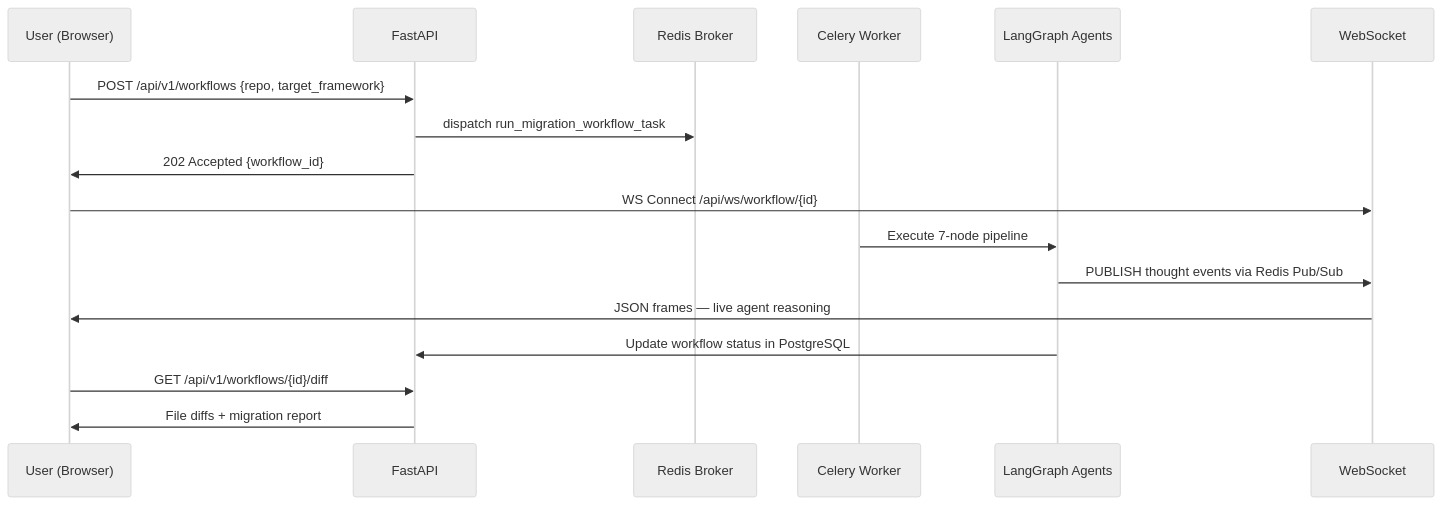
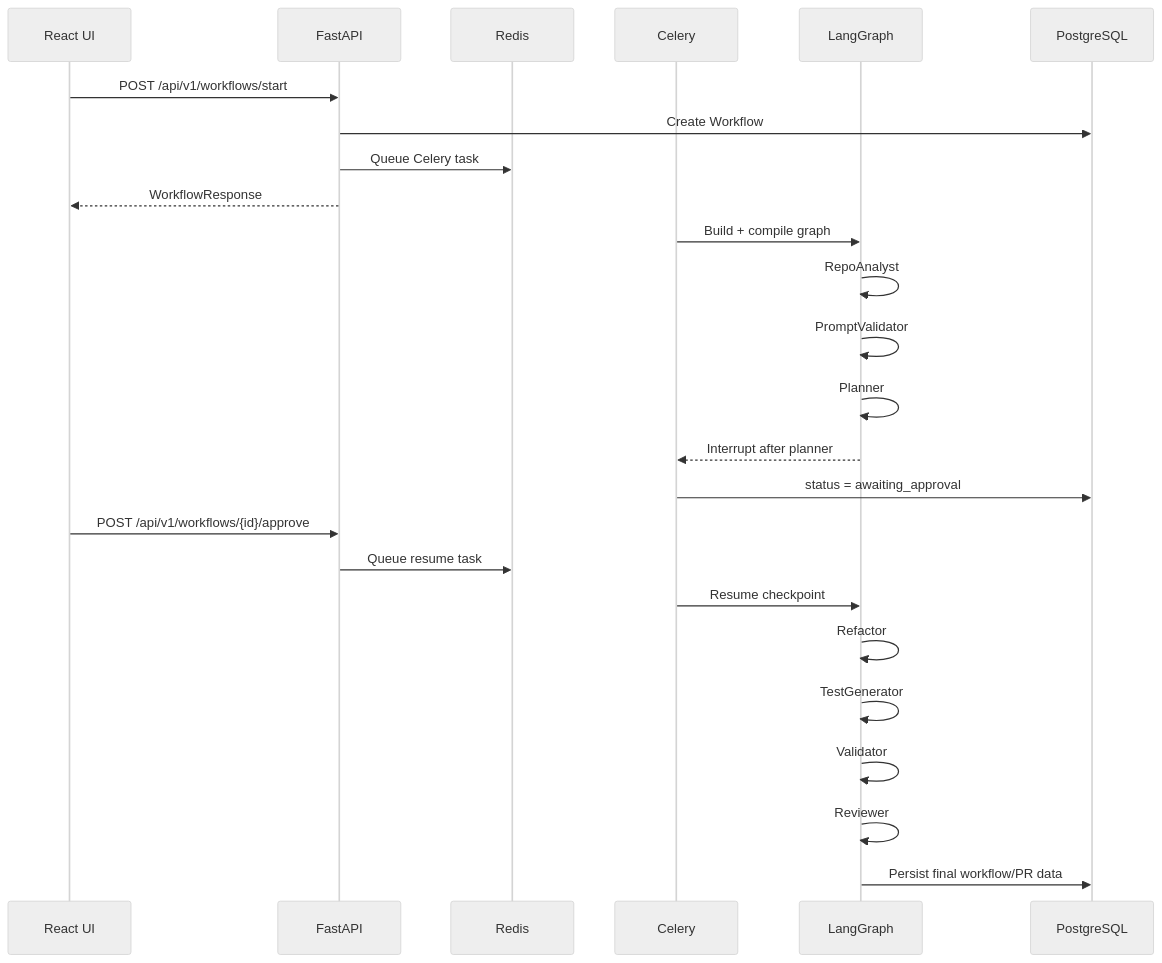
The second of 2 diagrams in README.md (sheetanshumohan/Code-Migration-AI), drawn with Mermaid (neutral theme) before and after one commit. The commit also changed other lines of this file, not shown here.

````diff
--- a/README.md
+++ b/README.md
@@ -136,20 +97,28 @@
 ```mermaid
 sequenceDiagram
-    participant U as User (Browser)
+    participant UI as React UI
     participant API as FastAPI
-    participant Q as Redis Broker
-    participant W as Celery Worker
-    participant AG as LangGraph Agents
-    participant WS as WebSocket
+    participant Q as Redis
+    participant W as Celery
+    participant G as LangGraph
+    participant DB as PostgreSQL
 
-    U->>API: POST /api/v1/workflows {repo, target_framework}
-    API->>Q: dispatch run_migration_workflow_task
-    API->>U: 202 Accepted {workflow_id}
-    U->>WS: WS Connect /api/ws/workflow/{id}
-    W->>AG: Execute 7-node pipeline
-    AG->>WS: PUBLISH thought events via Redis Pub/Sub
-    WS->>U: JSON frames — live agent reasoning
-    AG->>API: Update workflow status in PostgreSQL
-    U->>API: GET /api/v1/workflows/{id}/diff
-    API->>U: File diffs + migration report
+    UI->>API: POST /api/v1/workflows/start
+    API->>DB: Create Workflow
+    API->>Q: Queue Celery task
+    API-->>UI: WorkflowResponse
+    W->>G: Build + compile graph
+    G->>G: RepoAnalyst
+    G->>G: PromptValidator
+    G->>G: Planner
+    G-->>W: Interrupt after planner
+    W->>DB: status = awaiting_approval
+    UI->>API: POST /api/v1/workflows/{id}/approve
+    API->>Q: Queue resume task
+    W->>G: Resume checkpoint
+    G->>G: Refactor
+    G->>G: TestGenerator
+    G->>G: Validator
+    G->>G: Reviewer
+    G->>DB: Persist final workflow/PR data
 ```
````
